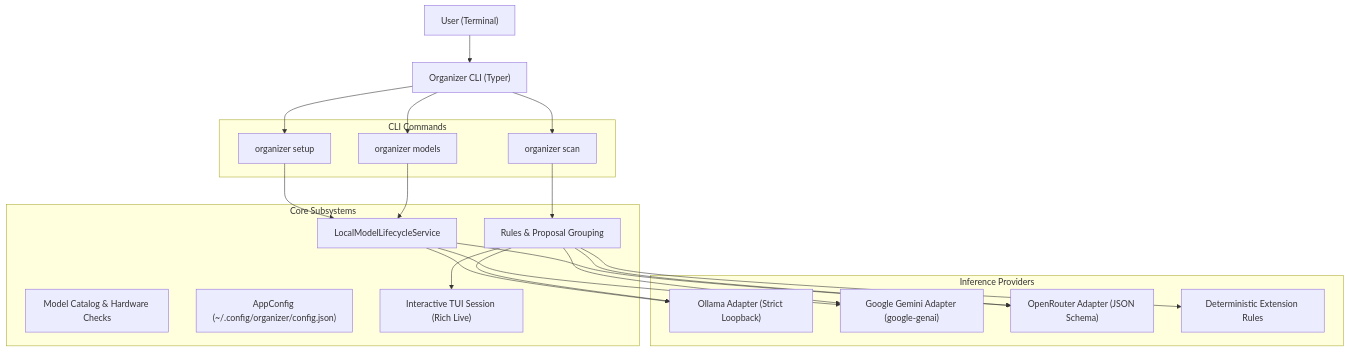
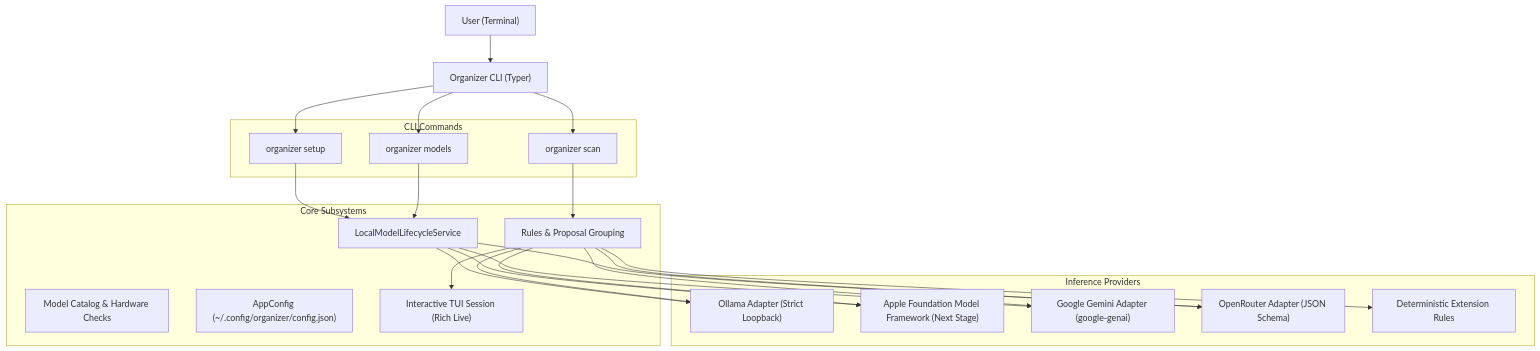
Before and after one commit to BoseSj/OrgCLI: the diagram in README.md, drawn with Mermaid. The commit also changed other lines of this file, not shown here.

````diff
--- a/README.md
+++ b/README.md
@@ -123,43 +125,46 @@
 ```mermaid
 graph TD
     User["User (Terminal)"] --> CLI["Organizer CLI (Typer)"]
     
     subgraph "CLI Commands"
         SetupCmd["organizer setup"]
         ScanCmd["organizer scan <path>"]
         ModelsCmd["organizer models <subcommand>"]
     end
     
     CLI --> SetupCmd
     CLI --> ScanCmd
     CLI --> ModelsCmd
     
     subgraph "Core Subsystems"
         Lifecycle["LocalModelLifecycleService"]
         Catalog["Model Catalog & Hardware Checks"]
         Config["AppConfig (~/.config/organizer/config.json)"]
         RulesEngine["Rules & Proposal Grouping"]
         InteractiveTUI["Interactive TUI Session (Rich Live)"]
     end
     
     SetupCmd --> Lifecycle
     ModelsCmd --> Lifecycle
     ScanCmd --> RulesEngine
     RulesEngine --> InteractiveTUI
     
     subgraph "Inference Providers"
         OllamaAdapter["Ollama Adapter (Strict Loopback)"]
+        AppleAdapter["Apple Foundation Model Framework (Next Stage)"]
         GeminiAdapter["Google Gemini Adapter (google-genai)"]
         OpenRouterAdapter["OpenRouter Adapter (JSON Schema)"]
         StaticRules["Deterministic Extension Rules"]
     end
     
     Lifecycle --> OllamaAdapter
+    Lifecycle --> AppleAdapter
     Lifecycle --> GeminiAdapter
     Lifecycle --> OpenRouterAdapter
     
     RulesEngine --> OllamaAdapter
+    RulesEngine --> AppleAdapter
     RulesEngine --> GeminiAdapter
     RulesEngine --> OpenRouterAdapter
     RulesEngine --> StaticRules
 ```
````
